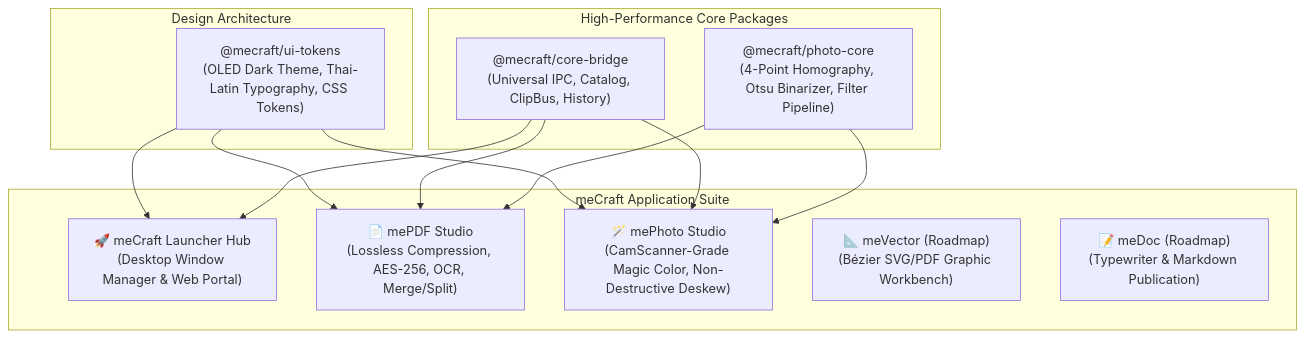
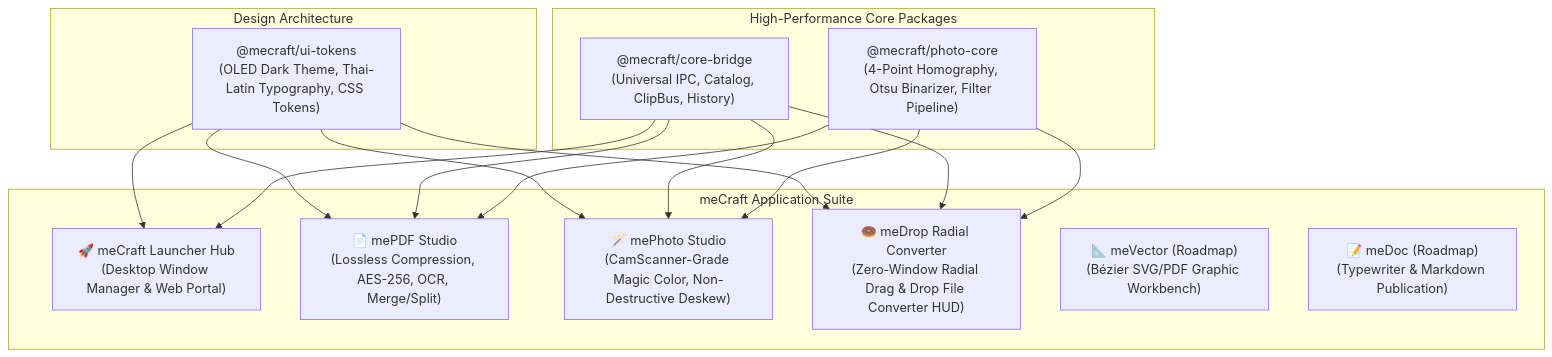
One commit to methastrategy/meCraft changed the diagram in README.md. Above: the diagram before and after it, drawn with Mermaid. The commit also changed other lines of this file and 1 other file, not shown here.

Commit message:
docs: update README and knowledge registry with meDrop architecture and 273 tests passing

````diff
--- a/README.md
+++ b/README.md
@@ -47,30 +47,34 @@
 ```mermaid
 flowchart TD
     subgraph UI_Tokens["Design Architecture"]
         Tokens["@mecraft/ui-tokens\n(OLED Dark Theme, Thai-Latin Typography, CSS Tokens)"]
     end
 
     subgraph Core_Engines["High-Performance Core Packages"]
         Bridge["@mecraft/core-bridge\n(Universal IPC, Catalog, ClipBus, History)"]
         PhotoCore["@mecraft/photo-core\n(4-Point Homography, Otsu Binarizer, Filter Pipeline)"]
     end
 
     subgraph App_Suite["meCraft Application Suite"]
         Launcher["🚀 meCraft Launcher Hub\n(Desktop Window Manager & Web Portal)"]
         PDF["📄 mePDF Studio\n(Lossless Compression, AES-256, OCR, Merge/Split)"]
         Photo["🪄 mePhoto Studio\n(CamScanner-Grade Magic Color, Non-Destructive Deskew)"]
+        Drop["🍩 meDrop Radial Converter\n(Zero-Window Radial Drag & Drop File Converter HUD)"]
         Vector["📐 meVector (Roadmap)\n(Bézier SVG/PDF Graphic Workbench)"]
         Doc["📝 meDoc (Roadmap)\n(Typewriter & Markdown Publication)"]
     end
 
     Tokens --> Launcher
     Tokens --> PDF
     Tokens --> Photo
+    Tokens --> Drop
 
     Bridge --> Launcher
     Bridge --> PDF
     Bridge --> Photo
+    Bridge --> Drop
 
     PhotoCore --> Photo
     PhotoCore --> PDF
+    PhotoCore --> Drop
 ```
````
